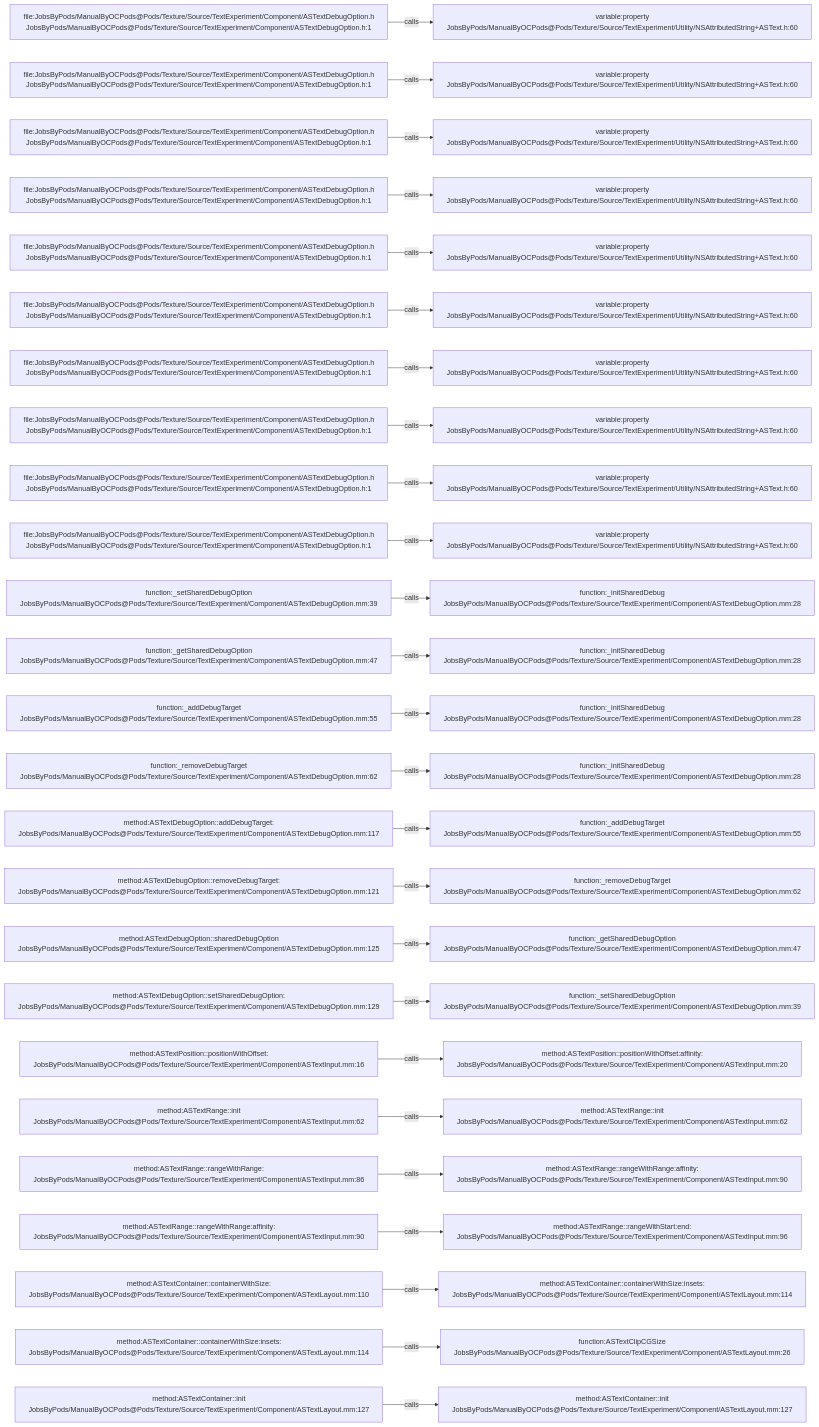
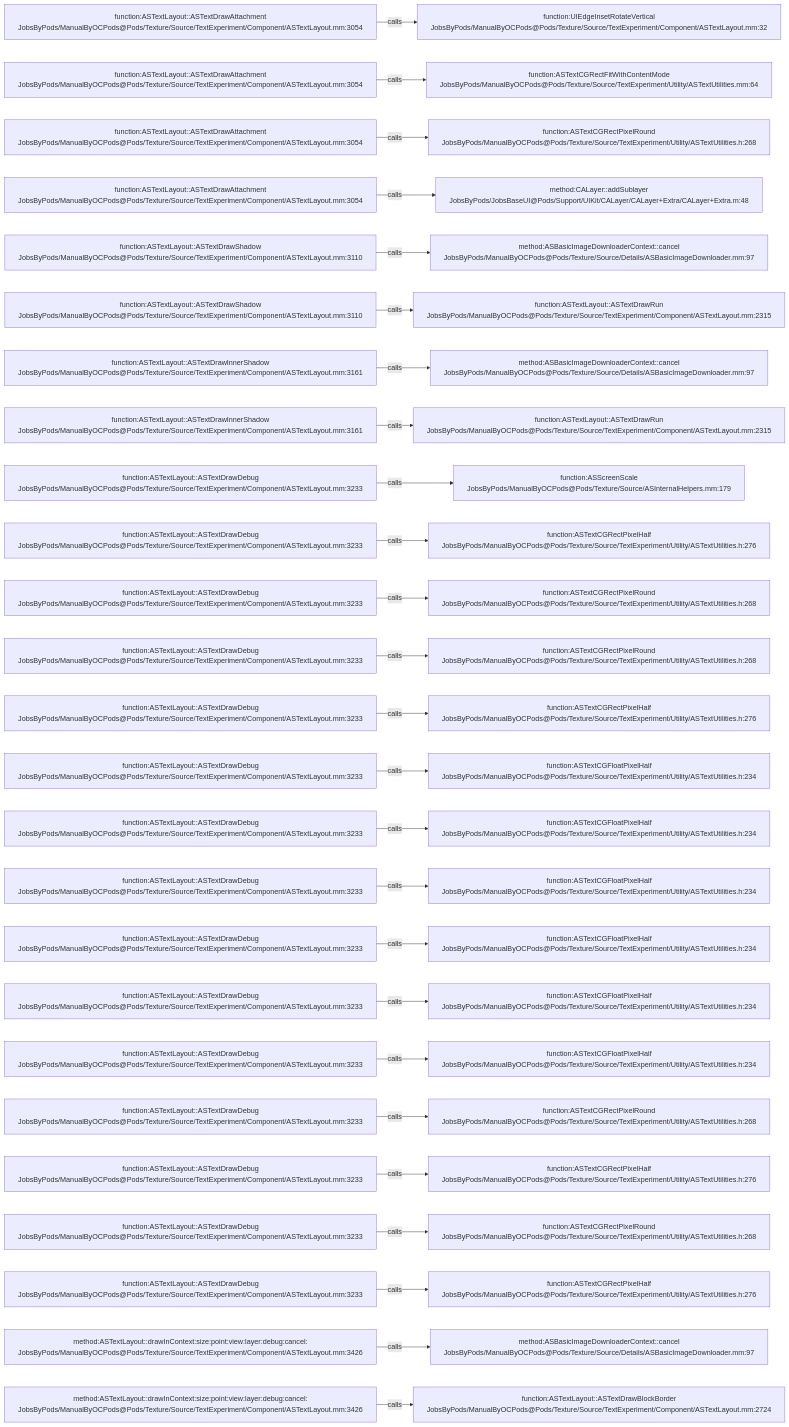
The diagram in .codegraph/codegraph.md/graphs/calls-198.md (JobsKits/JobsOCBaseConfigDemo), drawn with Mermaid before and after one commit. The commit also changed 1448 other files, not shown here.

````diff
--- a/.codegraph/codegraph.md/graphs/calls-198.md
+++ b/.codegraph/codegraph.md/graphs/calls-198.md
@@ -13,78 +13,78 @@
 ```mermaid
 flowchart LR
-  S1["file:JobsByPods/ManualByOCPods@Pods/Texture/Source/TextExperiment/Component/ASTextDebugOption.h<br/>JobsByPods/ManualByOCPods@Pods/Texture/Source/TextExperiment/Component/ASTextDebugOption.h:1"]
-  T1["variable:property<br/>JobsByPods/ManualByOCPods@Pods/Texture/Source/TextExperiment/Utility/NSAttributedString+ASText.h:60"]
+  S1["function:ASTextLayout::ASTextDrawAttachment<br/>JobsByPods/ManualByOCPods@Pods/Texture/Source/TextExperiment/Component/ASTextLayout.mm:3054"]
+  T1["function:UIEdgeInsetRotateVertical<br/>JobsByPods/ManualByOCPods@Pods/Texture/Source/TextExperiment/Component/ASTextLayout.mm:32"]
   S1 -->|calls| T1
-  S2["file:JobsByPods/ManualByOCPods@Pods/Texture/Source/TextExperiment/Component/ASTextDebugOption.h<br/>JobsByPods/ManualByOCPods@Pods/Texture/Source/TextExperiment/Component/ASTextDebugOption.h:1"]
-  T2["variable:property<br/>JobsByPods/ManualByOCPods@Pods/Texture/Source/TextExperiment/Utility/NSAttributedString+ASText.h:60"]
+  S2["function:ASTextLayout::ASTextDrawAttachment<br/>JobsByPods/ManualByOCPods@Pods/Texture/Source/TextExperiment/Component/ASTextLayout.mm:3054"]
+  T2["function:ASTextCGRectFitWithContentMode<br/>JobsByPods/ManualByOCPods@Pods/Texture/Source/TextExperiment/Utility/ASTextUtilities.mm:64"]
   S2 -->|calls| T2
-  S3["file:JobsByPods/ManualByOCPods@Pods/Texture/Source/TextExperiment/Component/ASTextDebugOption.h<br/>JobsByPods/ManualByOCPods@Pods/Texture/Source/TextExperiment/Component/ASTextDebugOption.h:1"]
-  T3["variable:property<br/>JobsByPods/ManualByOCPods@Pods/Texture/Source/TextExperiment/Utility/NSAttributedString+ASText.h:60"]
+  S3["function:ASTextLayout::ASTextDrawAttachment<br/>JobsByPods/ManualByOCPods@Pods/Texture/Source/TextExperiment/Component/ASTextLayout.mm:3054"]
+  T3["function:ASTextCGRectPixelRound<br/>JobsByPods/ManualByOCPods@Pods/Texture/Source/TextExperiment/Utility/ASTextUtilities.h:268"]
   S3 -->|calls| T3
-  S4["file:JobsByPods/ManualByOCPods@Pods/Texture/Source/TextExperiment/Component/ASTextDebugOption.h<br/>JobsByPods/ManualByOCPods@Pods/Texture/Source/TextExperiment/Component/ASTextDebugOption.h:1"]
-  T4["variable:property<br/>JobsByPods/ManualByOCPods@Pods/Texture/Source/TextExperiment/Utility/NSAttributedString+ASText.h:60"]
+  S4["function:ASTextLayout::ASTextDrawAttachment<br/>JobsByPods/ManualByOCPods@Pods/Texture/Source/TextExperiment/Component/ASTextLayout.mm:3054"]
+  T4["method:CALayer::addSublayer<br/>JobsByPods/JobsBaseUI@Pods/Support/UIKit/CALayer/CALayer+Extra/CALayer+Extra.m:48"]
   S4 -->|calls| T4
-  S5["file:JobsByPods/ManualByOCPods@Pods/Texture/Source/TextExperiment/Component/ASTextDebugOption.h<br/>JobsByPods/ManualByOCPods@Pods/Texture/Source/TextExperiment/Component/ASTextDebugOption.h:1"]
-  T5["variable:property<br/>JobsByPods/ManualByOCPods@Pods/Texture/Source/TextExperiment/Utility/NSAttributedString+ASText.h:60"]
+  S5["function:ASTextLayout::ASTextDrawShadow<br/>JobsByPods/ManualByOCPods@Pods/Texture/Source/TextExperiment/Component/ASTextLayout.mm:3110"]
+  T5["method:ASBasicImageDownloaderContext::cancel<br/>JobsByPods/ManualByOCPods@Pods/Texture/Source/Details/ASBasicImageDownloader.mm:97"]
   S5 -->|calls| T5
-  S6["file:JobsByPods/ManualByOCPods@Pods/Texture/Source/TextExperiment/Component/ASTextDebugOption.h<br/>JobsByPods/ManualByOCPods@Pods/Texture/Source/TextExperiment/Component/ASTextDebugOption.h:1"]
-  T6["variable:property<br/>JobsByPods/ManualByOCPods@Pods/Texture/Source/TextExperiment/Utility/NSAttributedString+ASText.h:60"]
+  S6["function:ASTextLayout::ASTextDrawShadow<br/>JobsByPods/ManualByOCPods@Pods/Texture/Source/TextExperiment/Component/ASTextLayout.mm:3110"]
+  T6["function:ASTextLayout::ASTextDrawRun<br/>JobsByPods/ManualByOCPods@Pods/Texture/Source/TextExperiment/Component/ASTextLayout.mm:2315"]
   S6 -->|calls| T6
-  S7["file:JobsByPods/ManualByOCPods@Pods/Texture/Source/TextExperiment/Component/ASTextDebugOption.h<br/>JobsByPods/ManualByOCPods@Pods/Texture/Source/TextExperiment/Component/ASTextDebugOption.h:1"]
-  T7["variable:property<br/>JobsByPods/ManualByOCPods@Pods/Texture/Source/TextExperiment/Utility/NSAttributedString+ASText.h:60"]
+  S7["function:ASTextLayout::ASTextDrawInnerShadow<br/>JobsByPods/ManualByOCPods@Pods/Texture/Source/TextExperiment/Component/ASTextLayout.mm:3161"]
+  T7["method:ASBasicImageDownloaderContext::cancel<br/>JobsByPods/ManualByOCPods@Pods/Texture/Source/Details/ASBasicImageDownloader.mm:97"]
   S7 -->|calls| T7
-  S8["file:JobsByPods/ManualByOCPods@Pods/Texture/Source/TextExperiment/Component/ASTextDebugOption.h<br/>JobsByPods/ManualByOCPods@Pods/Texture/Source/TextExperiment/Component/ASTextDebugOption.h:1"]
-  T8["variable:property<br/>JobsByPods/ManualByOCPods@Pods/Texture/Source/TextExperiment/Utility/NSAttributedString+ASText.h:60"]
+  S8["function:ASTextLayout::ASTextDrawInnerShadow<br/>JobsByPods/ManualByOCPods@Pods/Texture/Source/TextExperiment/Component/ASTextLayout.mm:3161"]
+  T8["function:ASTextLayout::ASTextDrawRun<br/>JobsByPods/ManualByOCPods@Pods/Texture/Source/TextExperiment/Component/ASTextLayout.mm:2315"]
   S8 -->|calls| T8
-  S9["file:JobsByPods/ManualByOCPods@Pods/Texture/Source/TextExperiment/Component/ASTextDebugOption.h<br/>JobsByPods/ManualByOCPods@Pods/Texture/Source/TextExperiment/Component/ASTextDebugOption.h:1"]
-  T9["variable:property<br/>JobsByPods/ManualByOCPods@Pods/Texture/Source/TextExperiment/Utility/NSAttributedString+ASText.h:60"]
+  S9["function:ASTextLayout::ASTextDrawDebug<br/>JobsByPods/ManualByOCPods@Pods/Texture/Source/TextExperiment/Component/ASTextLayout.mm:3233"]
+  T9["function:ASScreenScale<br/>JobsByPods/ManualByOCPods@Pods/Texture/Source/ASInternalHelpers.mm:179"]
   S9 -->|calls| T9
-  S10["file:JobsByPods/ManualByOCPods@Pods/Texture/Source/TextExperiment/Component/ASTextDebugOption.h<br/>JobsByPods/ManualByOCPods@Pods/Texture/Source/TextExperiment/Component/ASTextDebugOption.h:1"]
-  T10["variable:property<br/>JobsByPods/ManualByOCPods@Pods/Texture/Source/TextExperiment/Utility/NSAttributedString+ASText.h:60"]
+  S10["function:ASTextLayout::ASTextDrawDebug<br/>JobsByPods/ManualByOCPods@Pods/Texture/Source/TextExperiment/Component/ASTextLayout.mm:3233"]
+  T10["function:ASTextCGRectPixelHalf<br/>JobsByPods/ManualByOCPods@Pods/Texture/Source/TextExperiment/Utility/ASTextUtilities.h:276"]
   S10 -->|calls| T10
-  S11["function:_setSharedDebugOption<br/>JobsByPods/ManualByOCPods@Pods/Texture/Source/TextExperiment/Component/ASTextDebugOption.mm:39"]
-  T11["function:_initSharedDebug<br/>JobsByPods/ManualByOCPods@Pods/Texture/Source/TextExperiment/Component/ASTextDebugOption.mm:28"]
+  S11["function:ASTextLayout::ASTextDrawDebug<br/>JobsByPods/ManualByOCPods@Pods/Texture/Source/TextExperiment/Component/ASTextLayout.mm:3233"]
+  T11["function:ASTextCGRectPixelRound<br/>JobsByPods/ManualByOCPods@Pods/Texture/Source/TextExperiment/Utility/ASTextUtilities.h:268"]
   S11 -->|calls| T11
-  S12["function:_getSharedDebugOption<br/>JobsByPods/ManualByOCPods@Pods/Texture/Source/TextExperiment/Component/ASTextDebugOption.mm:47"]
-  T12["function:_initSharedDebug<br/>JobsByPods/ManualByOCPods@Pods/Texture/Source/TextExperiment/Component/ASTextDebugOption.mm:28"]
+  S12["function:ASTextLayout::ASTextDrawDebug<br/>JobsByPods/ManualByOCPods@Pods/Texture/Source/TextExperiment/Component/ASTextLayout.mm:3233"]
+  T12["function:ASTextCGRectPixelRound<br/>JobsByPods/ManualByOCPods@Pods/Texture/Source/TextExperiment/Utility/ASTextUtilities.h:268"]
   S12 -->|calls| T12
-  S13["function:_addDebugTarget<br/>JobsByPods/ManualByOCPods@Pods/Texture/Source/TextExperiment/Component/ASTextDebugOption.mm:55"]
-  T13["function:_initSharedDebug<br/>JobsByPods/ManualByOCPods@Pods/Texture/Source/TextExperiment/Component/ASTextDebugOption.mm:28"]
+  S13["function:ASTextLayout::ASTextDrawDebug<br/>JobsByPods/ManualByOCPods@Pods/Texture/Source/TextExperiment/Component/ASTextLayout.mm:3233"]
+  T13["function:ASTextCGRectPixelHalf<br/>JobsByPods/ManualByOCPods@Pods/Texture/Source/TextExperiment/Utility/ASTextUtilities.h:276"]
   S13 -->|calls| T13
-  S14["function:_removeDebugTarget<br/>JobsByPods/ManualByOCPods@Pods/Texture/Source/TextExperiment/Component/ASTextDebugOption.mm:62"]
-  T14["function:_initSharedDebug<br/>JobsByPods/ManualByOCPods@Pods/Texture/Source/TextExperiment/Component/ASTextDebugOption.mm:28"]
+  S14["function:ASTextLayout::ASTextDrawDebug<br/>JobsByPods/ManualByOCPods@Pods/Texture/Source/TextExperiment/Component/ASTextLayout.mm:3233"]
+  T14["function:ASTextCGFloatPixelHalf<br/>JobsByPods/ManualByOCPods@Pods/Texture/Source/TextExperiment/Utility/ASTextUtilities.h:234"]
   S14 -->|calls| T14
-  S15["method:ASTextDebugOption::addDebugTarget:<br/>JobsByPods/ManualByOCPods@Pods/Texture/Source/TextExperiment/Component/ASTextDebugOption.mm:117"]
-  T15["function:_addDebugTarget<br/>JobsByPods/ManualByOCPods@Pods/Texture/Source/TextExperiment/Component/ASTextDebugOption.mm:55"]
+  S15["function:ASTextLayout::ASTextDrawDebug<br/>JobsByPods/ManualByOCPods@Pods/Texture/Source/TextExperiment/Component/ASTextLayout.mm:3233"]
+  T15["function:ASTextCGFloatPixelHalf<br/>JobsByPods/ManualByOCPods@Pods/Texture/Source/TextExperiment/Utility/ASTextUtilities.h:234"]
   S15 -->|calls| T15
-  S16["method:ASTextDebugOption::removeDebugTarget:<br/>JobsByPods/ManualByOCPods@Pods/Texture/Source/TextExperiment/Component/ASTextDebugOption.mm:121"]
-  T16["function:_removeDebugTarget<br/>JobsByPods/ManualByOCPods@Pods/Texture/Source/TextExperiment/Component/ASTextDebugOption.mm:62"]
+  S16["function:ASTextLayout::ASTextDrawDebug<br/>JobsByPods/ManualByOCPods@Pods/Texture/Source/TextExperiment/Component/ASTextLayout.mm:3233"]
+  T16["function:ASTextCGFloatPixelHalf<br/>JobsByPods/ManualByOCPods@Pods/Texture/Source/TextExperiment/Utility/ASTextUtilities.h:234"]
   S16 -->|calls| T16
-  S17["method:ASTextDebugOption::sharedDebugOption<br/>JobsByPods/ManualByOCPods@Pods/Texture/Source/TextExperiment/Component/ASTextDebugOption.mm:125"]
-  T17["function:_getSharedDebugOption<br/>JobsByPods/ManualByOCPods@Pods/Texture/Source/TextExperiment/Component/ASTextDebugOption.mm:47"]
+  S17["function:ASTextLayout::ASTextDrawDebug<br/>JobsByPods/ManualByOCPods@Pods/Texture/Source/TextExperiment/Component/ASTextLayout.mm:3233"]
+  T17["function:ASTextCGFloatPixelHalf<br/>JobsByPods/ManualByOCPods@Pods/Texture/Source/TextExperiment/Utility/ASTextUtilities.h:234"]
   S17 -->|calls| T17
-  S18["method:ASTextDebugOption::setSharedDebugOption:<br/>JobsByPods/ManualByOCPods@Pods/Texture/Source/TextExperiment/Component/ASTextDebugOption.mm:129"]
-  T18["function:_setSharedDebugOption<br/>JobsByPods/ManualByOCPods@Pods/Texture/Source/TextExperiment/Component/ASTextDebugOption.mm:39"]
+  S18["function:ASTextLayout::ASTextDrawDebug<br/>JobsByPods/ManualByOCPods@Pods/Texture/Source/TextExperiment/Component/ASTextLayout.mm:3233"]
+  T18["function:ASTextCGFloatPixelHalf<br/>JobsByPods/ManualByOCPods@Pods/Texture/Source/TextExperiment/Utility/ASTextUtilities.h:234"]
   S18 -->|calls| T18
-  S19["method:ASTextPosition::positionWithOffset:<br/>JobsByPods/ManualByOCPods@Pods/Texture/Source/TextExperiment/Component/ASTextInput.mm:16"]
-  T19["method:ASTextPosition::positionWithOffset:affinity:<br/>JobsByPods/ManualByOCPods@Pods/Texture/Source/TextExperiment/Component/ASTextInput.mm:20"]
+  S19["function:ASTextLayout::ASTextDrawDebug<br/>JobsByPods/ManualByOCPods@Pods/Texture/Source/TextExperiment/Component/ASTextLayout.mm:3233"]
+  T19["function:ASTextCGFloatPixelHalf<br/>JobsByPods/ManualByOCPods@Pods/Texture/Source/TextExperiment/Utility/ASTextUtilities.h:234"]
   S19 -->|calls| T19
-  S20["method:ASTextRange::init<br/>JobsByPods/ManualByOCPods@Pods/Texture/Source/TextExperiment/Component/ASTextInput.mm:62"]
-  T20["method:ASTextRange::init<br/>JobsByPods/ManualByOCPods@Pods/Texture/Source/TextExperiment/Component/ASTextInput.mm:62"]
+  S20["function:ASTextLayout::ASTextDrawDebug<br/>JobsByPods/ManualByOCPods@Pods/Texture/Source/TextExperiment/Component/ASTextLayout.mm:3233"]
+  T20["function:ASTextCGRectPixelRound<br/>JobsByPods/ManualByOCPods@Pods/Texture/Source/TextExperiment/Utility/ASTextUtilities.h:268"]
   S20 -->|calls| T20
-  S21["method:ASTextRange::rangeWithRange:<br/>JobsByPods/ManualByOCPods@Pods/Texture/Source/TextExperiment/Component/ASTextInput.mm:86"]
-  T21["method:ASTextRange::rangeWithRange:affinity:<br/>JobsByPods/ManualByOCPods@Pods/Texture/Source/TextExperiment/Component/ASTextInput.mm:90"]
+  S21["function:ASTextLayout::ASTextDrawDebug<br/>JobsByPods/ManualByOCPods@Pods/Texture/Source/TextExperiment/Component/ASTextLayout.mm:3233"]
+  T21["function:ASTextCGRectPixelHalf<br/>JobsByPods/ManualByOCPods@Pods/Texture/Source/TextExperiment/Utility/ASTextUtilities.h:276"]
   S21 -->|calls| T21
-  S22["method:ASTextRange::rangeWithRange:affinity:<br/>JobsByPods/ManualByOCPods@Pods/Texture/Source/TextExperiment/Component/ASTextInput.mm:90"]
-  T22["method:ASTextRange::rangeWithStart:end:<br/>JobsByPods/ManualByOCPods@Pods/Texture/Source/TextExperiment/Component/ASTextInput.mm:96"]
+  S22["function:ASTextLayout::ASTextDrawDebug<br/>JobsByPods/ManualByOCPods@Pods/Texture/Source/TextExperiment/Component/ASTextLayout.mm:3233"]
+  T22["function:ASTextCGRectPixelRound<br/>JobsByPods/ManualByOCPods@Pods/Texture/Source/TextExperiment/Utility/ASTextUtilities.h:268"]
   S22 -->|calls| T22
-  S23["method:ASTextContainer::containerWithSize:<br/>JobsByPods/ManualByOCPods@Pods/Texture/Source/TextExperiment/Component/ASTextLayout.mm:110"]
-  T23["method:ASTextContainer::containerWithSize:insets:<br/>JobsByPods/ManualByOCPods@Pods/Texture/Source/TextExperiment/Component/ASTextLayout.mm:114"]
+  S23["function:ASTextLayout::ASTextDrawDebug<br/>JobsByPods/ManualByOCPods@Pods/Texture/Source/TextExperiment/Component/ASTextLayout.mm:3233"]
+  T23["function:ASTextCGRectPixelHalf<br/>JobsByPods/ManualByOCPods@Pods/Texture/Source/TextExperiment/Utility/ASTextUtilities.h:276"]
   S23 -->|calls| T23
-  S24["method:ASTextContainer::containerWithSize:insets:<br/>JobsByPods/ManualByOCPods@Pods/Texture/Source/TextExperiment/Component/ASTextLayout.mm:114"]
-  T24["function:ASTextClipCGSize<br/>JobsByPods/ManualByOCPods@Pods/Texture/Source/TextExperiment/Component/ASTextLayout.mm:26"]
+  S24["method:ASTextLayout::drawInContext:size:point:view:layer:debug:cancel:<br/>JobsByPods/ManualByOCPods@Pods/Texture/Source/TextExperiment/Component/ASTextLayout.mm:3426"]
+  T24["method:ASBasicImageDownloaderContext::cancel<br/>JobsByPods/ManualByOCPods@Pods/Texture/Source/Details/ASBasicImageDownloader.mm:97"]
   S24 -->|calls| T24
-  S25["method:ASTextContainer::init<br/>JobsByPods/ManualByOCPods@Pods/Texture/Source/TextExperiment/Component/ASTextLayout.mm:127"]
-  T25["method:ASTextContainer::init<br/>JobsByPods/ManualByOCPods@Pods/Texture/Source/TextExperiment/Component/ASTextLayout.mm:127"]
+  S25["method:ASTextLayout::drawInContext:size:point:view:layer:debug:cancel:<br/>JobsByPods/ManualByOCPods@Pods/Texture/Source/TextExperiment/Component/ASTextLayout.mm:3426"]
+  T25["function:ASTextLayout::ASTextDrawBlockBorder<br/>JobsByPods/ManualByOCPods@Pods/Texture/Source/TextExperiment/Component/ASTextLayout.mm:2724"]
   S25 -->|calls| T25
 ```
````
